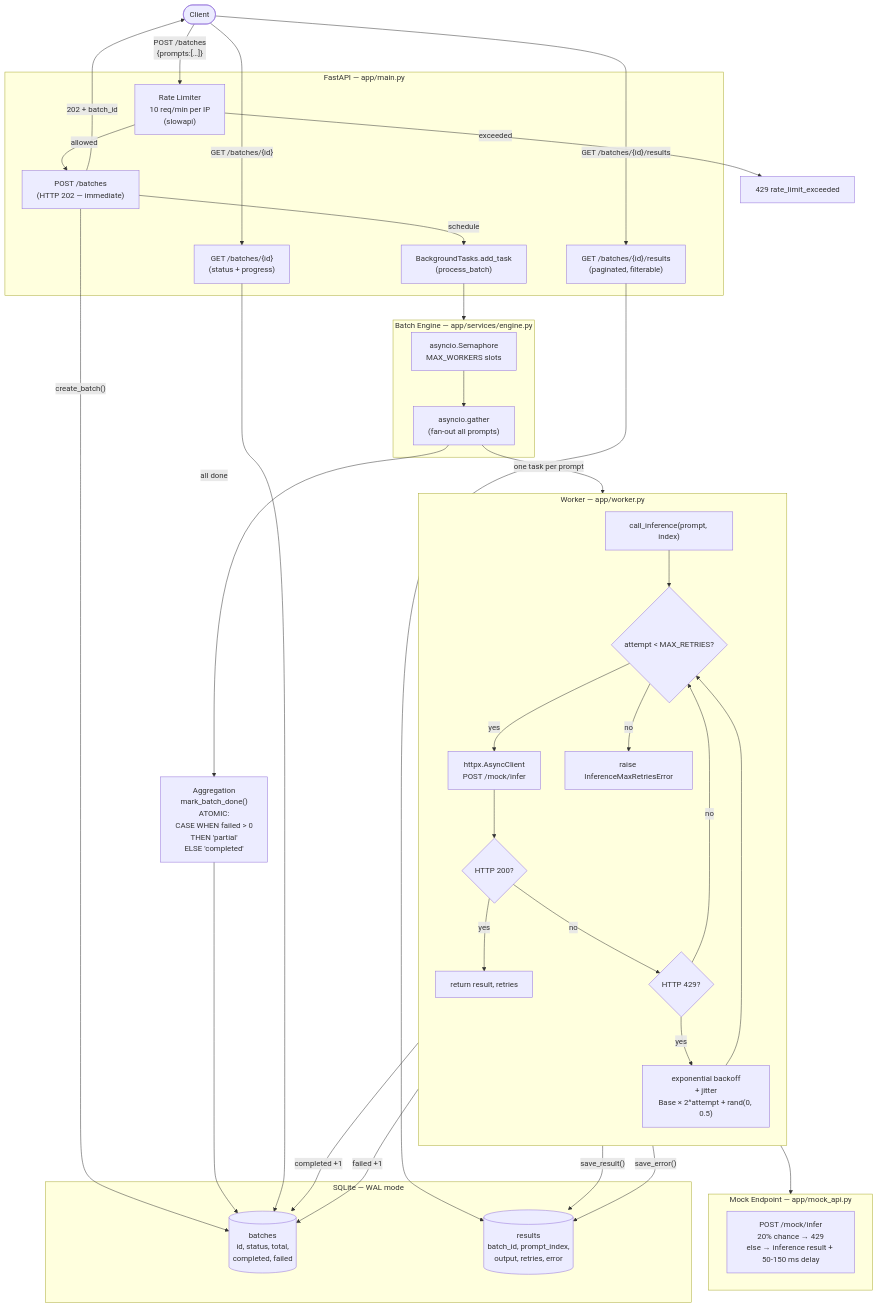
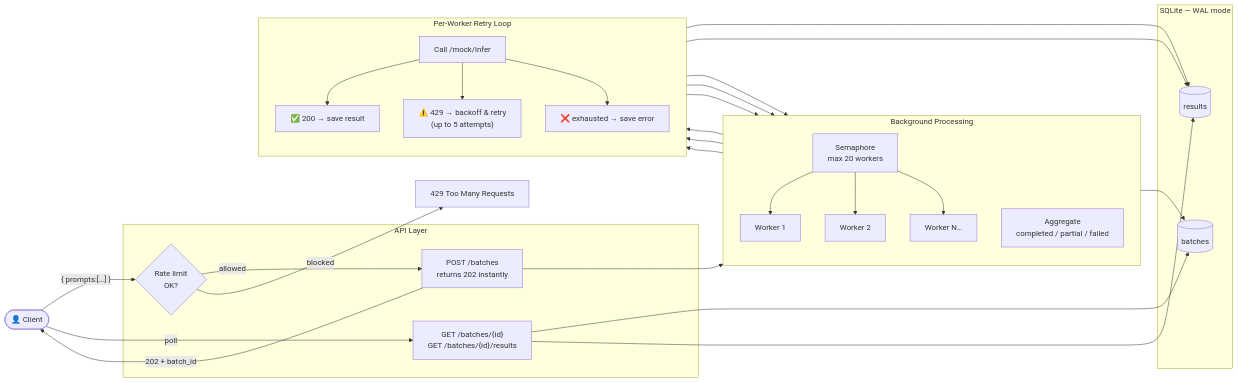
The diagram in README.md (vamsi-potturu/DO_Batch_inference_engine), drawn with Mermaid before and after one commit. The commit also changed other lines of this file, not shown here.

Commit message:
docs: simplify architecture diagram and add 5-step summary

````diff
--- a/README.md
+++ b/README.md
@@ -9,72 +9,47 @@
 ```mermaid
-flowchart TD
-    Client(["Client"])
+flowchart LR
+    Client(["👤 Client"])
 
-    subgraph API["FastAPI — app/main.py"]
-        RL["Rate Limiter\n10 req/min per IP\n(slowapi)"]
-        POST["POST /batches\n(HTTP 202 — immediate)"]
-        GET_S["GET /batches/{id}\n(status + progress)"]
-        GET_R["GET /batches/{id}/results\n(paginated, filterable)"]
-        BG["BackgroundTasks.add_task\n(process_batch)"]
+    subgraph API["API Layer"]
+        RL{"Rate limit\nOK?"}
+        POST["POST /batches\nreturns 202 instantly"]
+        GET["GET /batches/{id}\nGET /batches/{id}/results"]
     end
 
-    subgraph Engine["Batch Engine — app/services/engine.py"]
-        SEM["asyncio.Semaphore\nMAX_WORKERS slots"]
-        GATHER["asyncio.gather\n(fan-out all prompts)"]
+    subgraph BG["Background Processing"]
+        direction TB
+        SEM["Semaphore\nmax 20 workers"]
+        W1["Worker 1"]
+        W2["Worker 2"]
+        WN["Worker N…"]
+        AGG["Aggregate\ncompleted / partial / failed"]
     end
 
-    subgraph Worker["Worker — app/worker.py"]
+    subgraph WL["Per-Worker Retry Loop"]
         direction TB
-        W1["call_inference(prompt, index)"]
-        RETRY{"attempt < MAX_RETRIES?"}
-        HTTP["httpx.AsyncClient\nPOST /mock/infer"]
-        OK{"HTTP 200?"}
-        R429{"HTTP 429?"}
-        BACKOFF["exponential backoff\n+ jitter\nBase × 2^attempt + rand(0, 0.5)"]
-        FAIL["raise InferenceMaxRetriesError"]
-
-        W1 --> RETRY
-        RETRY -->|yes| HTTP
-        RETRY -->|no| FAIL
-        HTTP --> OK
-        OK -->|yes| W1_DONE["return result, retries"]
-        OK -->|no| R429
-        R429 -->|yes| BACKOFF --> RETRY
-        R429 -->|no| RETRY
-    end
-
-    subgraph Mock["Mock Endpoint — app/mock_api.py"]
-        MOCK["POST /mock/infer\n20% chance → 429\nelse → inference result + 50-150 ms delay"]
+        CALL["Call /mock/infer"]
+        S200["✅ 200 → save result"]
+        S429["⚠️ 429 → backoff & retry\n(up to 5 attempts)"]
+        SERR["❌ exhausted → save error"]
     end
 
     subgraph DB["SQLite — WAL mode"]
-        T_BATCH[("batches\nid, status, total,\ncompleted, failed")]
-        T_RESULTS[("results\nbatch_id, prompt_index,\noutput, retries, error")]
+        TB[("batches")]
+        TR[("results")]
     end
 
-    Client -->|"POST /batches\n{prompts:[…]}"| RL
-    RL -->|allowed| POST
-    RL -->|exceeded| E429["429 rate_limit_exceeded"]
-    POST -->|"create_batch()"| T_BATCH
-    POST -->|"schedule"| BG
+    Client -->|"{ prompts:[…] }"| RL
+    RL -->|"allowed"| POST
+    RL -->|"blocked"| E429["429 Too Many Requests"]
     POST -->|"202 + batch_id"| Client
-
-    BG --> Engine
-    SEM --> GATHER
-    GATHER -->|"one task per prompt"| Worker
-
-    W1_DONE -->|"save_result()"| T_RESULTS
-    W1_DONE -->|"completed +1"| T_BATCH
-    FAIL -->|"save_error()"| T_RESULTS
-    FAIL -->|"failed +1"| T_BATCH
-
-    Worker --> Mock
-
-    GATHER -->|"all done"| AGG["Aggregation\nmark_batch_done()\nATOMIC:\nCASE WHEN failed > 0\n  THEN 'partial'\n  ELSE 'completed'"]
-    AGG --> T_BATCH
-
-    Client -->|"GET /batches/{id}"| GET_S
-    GET_S --> T_BATCH
-    Client -->|"GET /batches/{id}/results"| GET_R
-    GET_R --> T_RESULTS
+    POST --> SEM
+    SEM --> W1 & W2 & WN
+    W1 & W2 & WN --> CALL
+    CALL --> S200 & S429 & SERR
+    S200 & S429 & SERR --> AGG
+    AGG --> TB
+    S200 --> TR
+    SERR --> TR
+    Client -->|"poll"| GET
+    GET --> TB & TR
 ```
````
